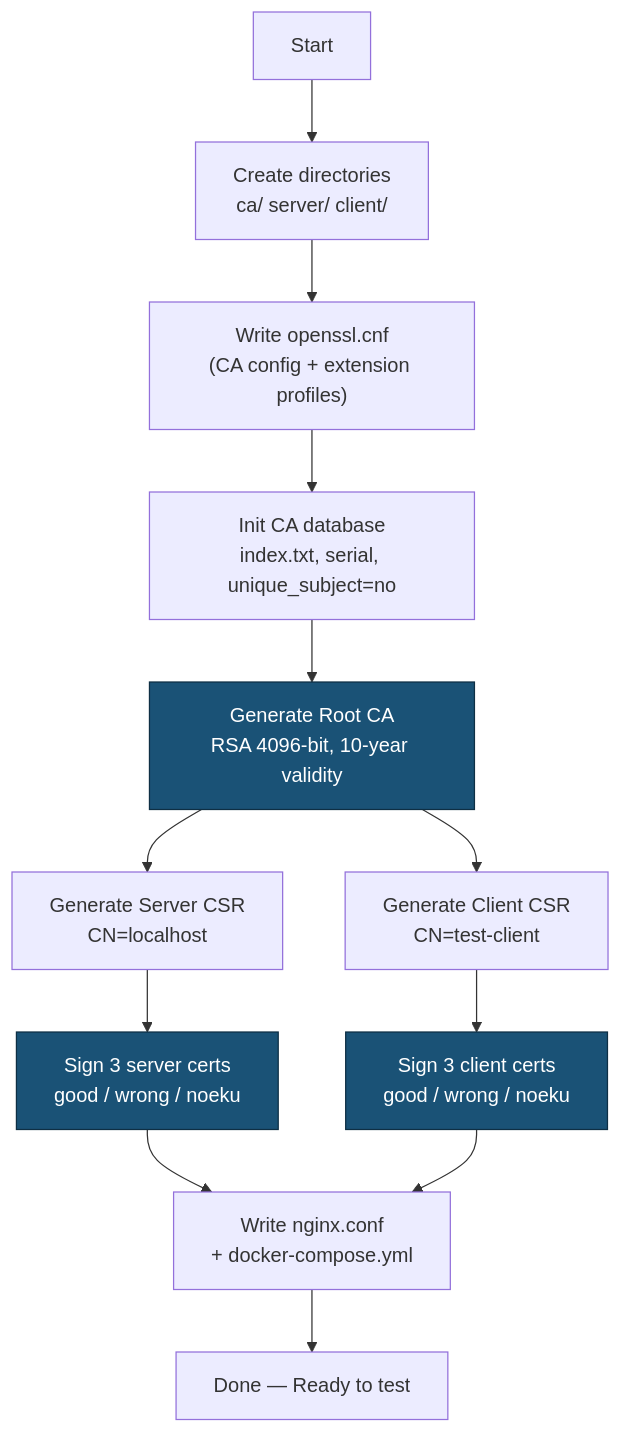
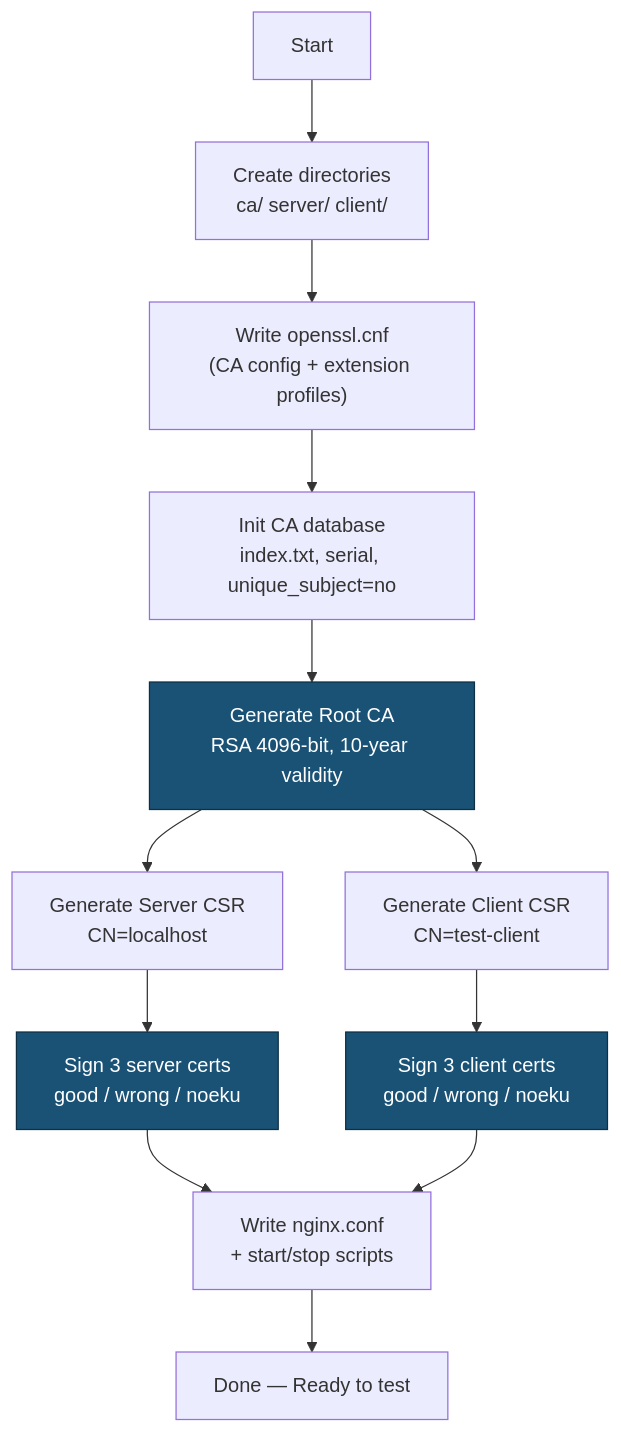
One commit to jaysonv/mtls-lab changed the fifth of 6 diagrams in README.md. Above: the diagram before and after it, drawn with Mermaid. The commit also changed other lines of this file and 2 other files, not shown here.

First line of the commit message:
Replace docker compose with plain docker run commands

````diff
--- a/README.md
+++ b/README.md
@@ -131,18 +131,18 @@
 ```mermaid
 flowchart TD
     A[Start] --> B["Create directories<br/>ca/ server/ client/"]
     B --> C["Write openssl.cnf<br/>(CA config + extension profiles)"]
     C --> D["Init CA database<br/>index.txt, serial, unique_subject=no"]
     D --> E["Generate Root CA<br/>RSA 4096-bit, 10-year validity"]
     E --> F["Generate Server CSR<br/>CN=localhost"]
     E --> G["Generate Client CSR<br/>CN=test-client"]
     F --> H["Sign 3 server certs<br/>good / wrong / noeku"]
     G --> I["Sign 3 client certs<br/>good / wrong / noeku"]
-    H --> J["Write nginx.conf<br/>+ docker-compose.yml"]
+    H --> J["Write nginx.conf<br/>+ start/stop scripts"]
     I --> J
     J --> K[Done — Ready to test]
 
     style E fill:#1a5276,stroke:#0e2f44,color:#fff
     style H fill:#1a5276,stroke:#0e2f44,color:#fff
     style I fill:#1a5276,stroke:#0e2f44,color:#fff
 ```
````
